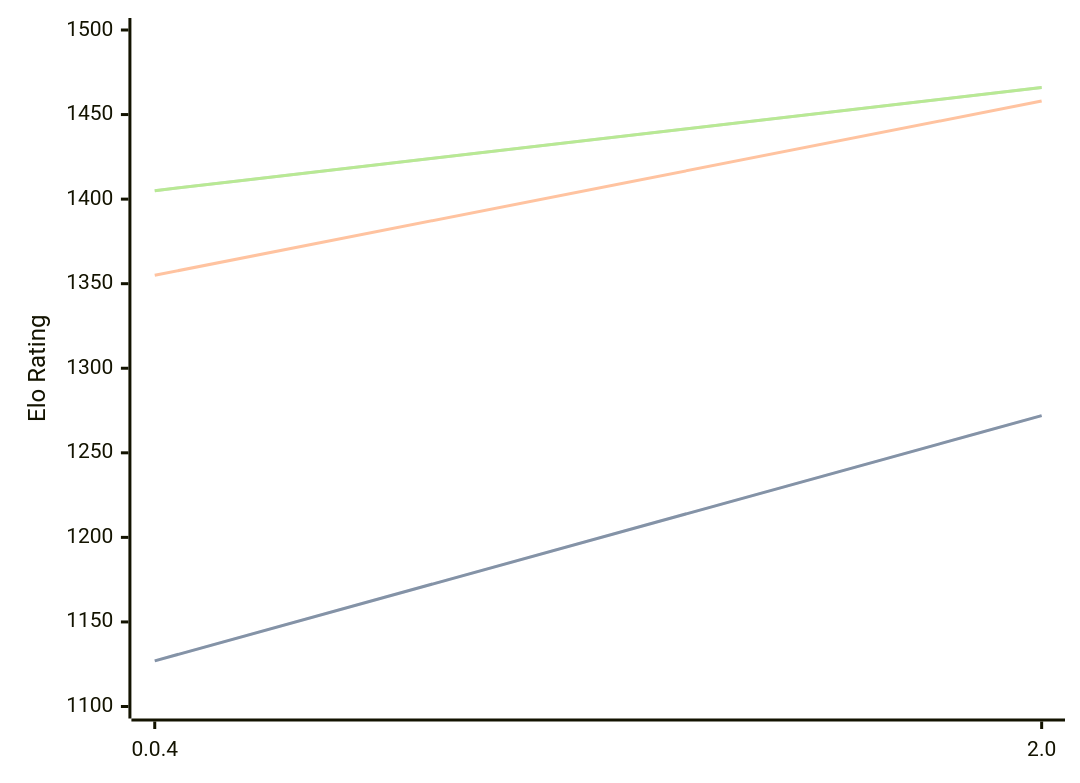
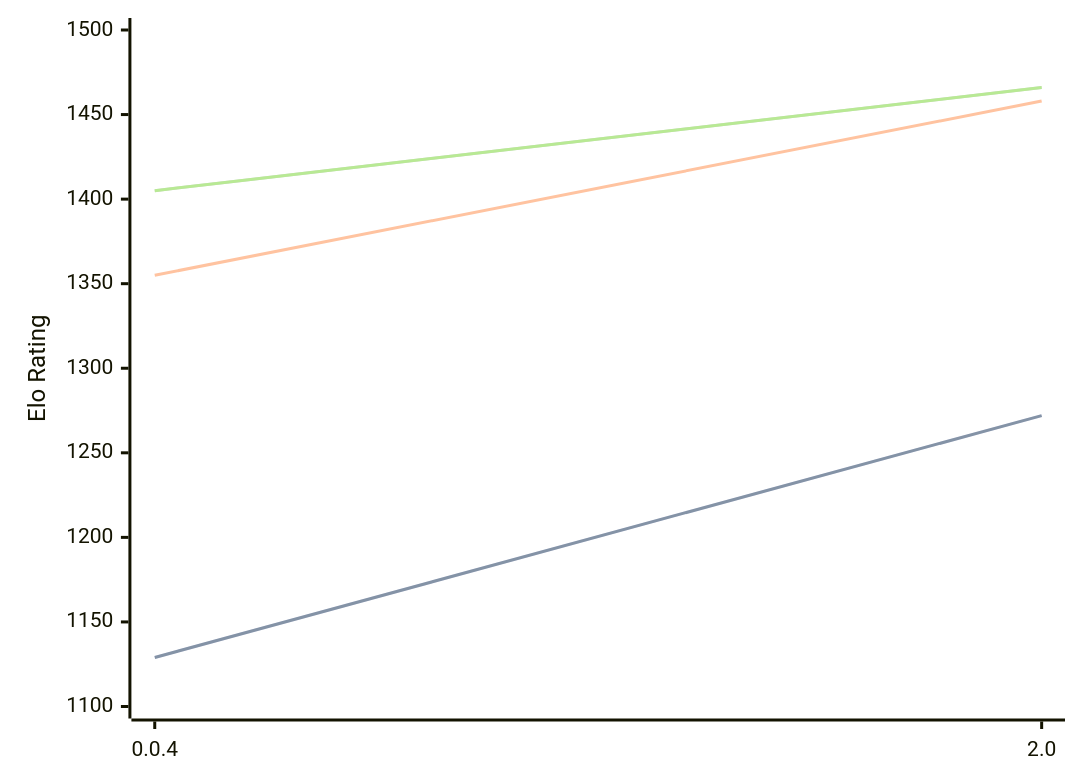
Before and after one commit to computer-chess-index/cci: the first of 3 diagrams in engines/Oops!Mate.md, drawn with Mermaid. The commit also changed other lines of this file, not shown here.

````diff
--- a/engines/Oops!Mate.md
+++ b/engines/Oops!Mate.md
@@ -52,11 +52,11 @@
 ```mermaid
 %%{init: {"theme":"base","themeVariables":{"seriesColors:['#a3a3a3','#222221','#faa371']}}}%%
 xychart-beta
   x-axis ["0.0.4", "2.0"]
   y-axis "Elo Rating" 1100 --> 1500
-  line "STC (8.0+0.08s)" [1127, 1272]
-  line "STC (8.0+0.08s)" [1127, 1272]
+  line "STC (8.0+0.08s)" [1129, 1272]
+  line "STC (8.0+0.08s)" [1129, 1272]
   line "LTC (60.0+0.60s)" [1355, 1458]
   line "VLTC (2m24s+1.12s)" [1405, 1466]
   line "VLTC (2m24s+1.12s)" [1405, 1466]
 ```
````
